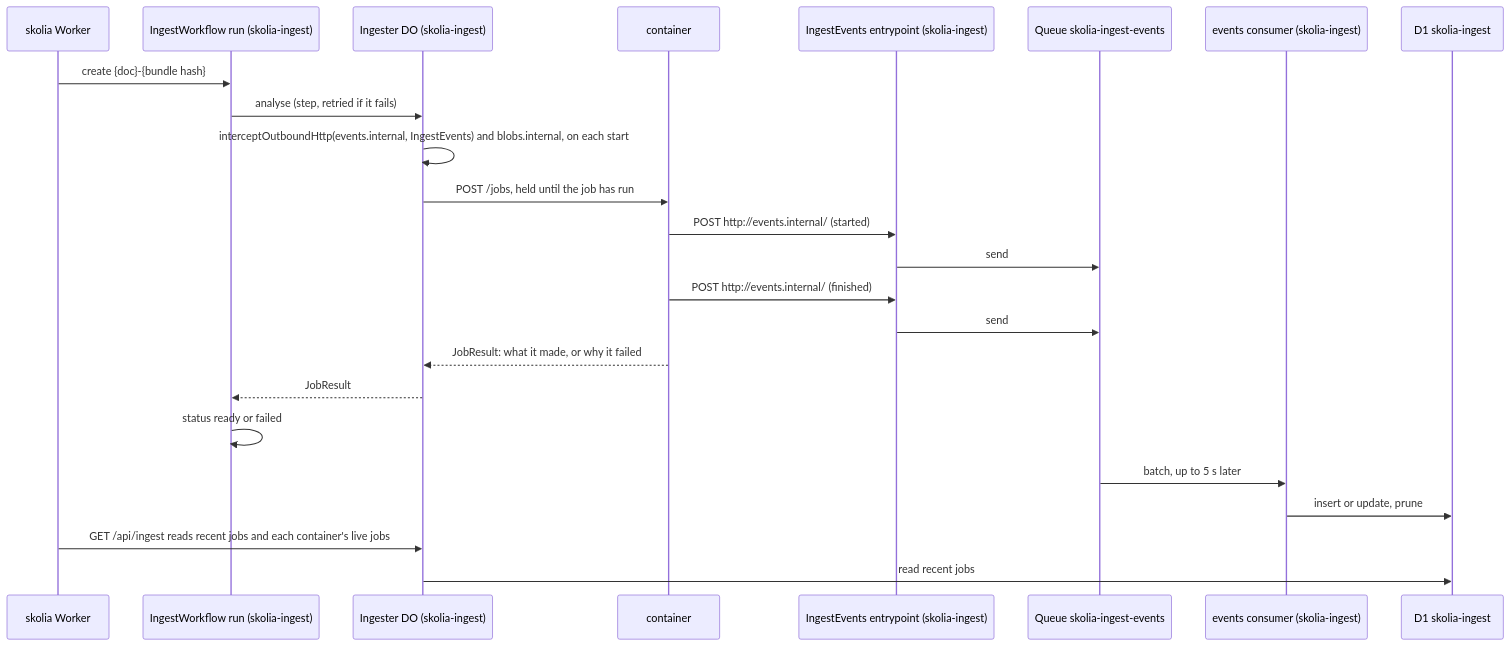
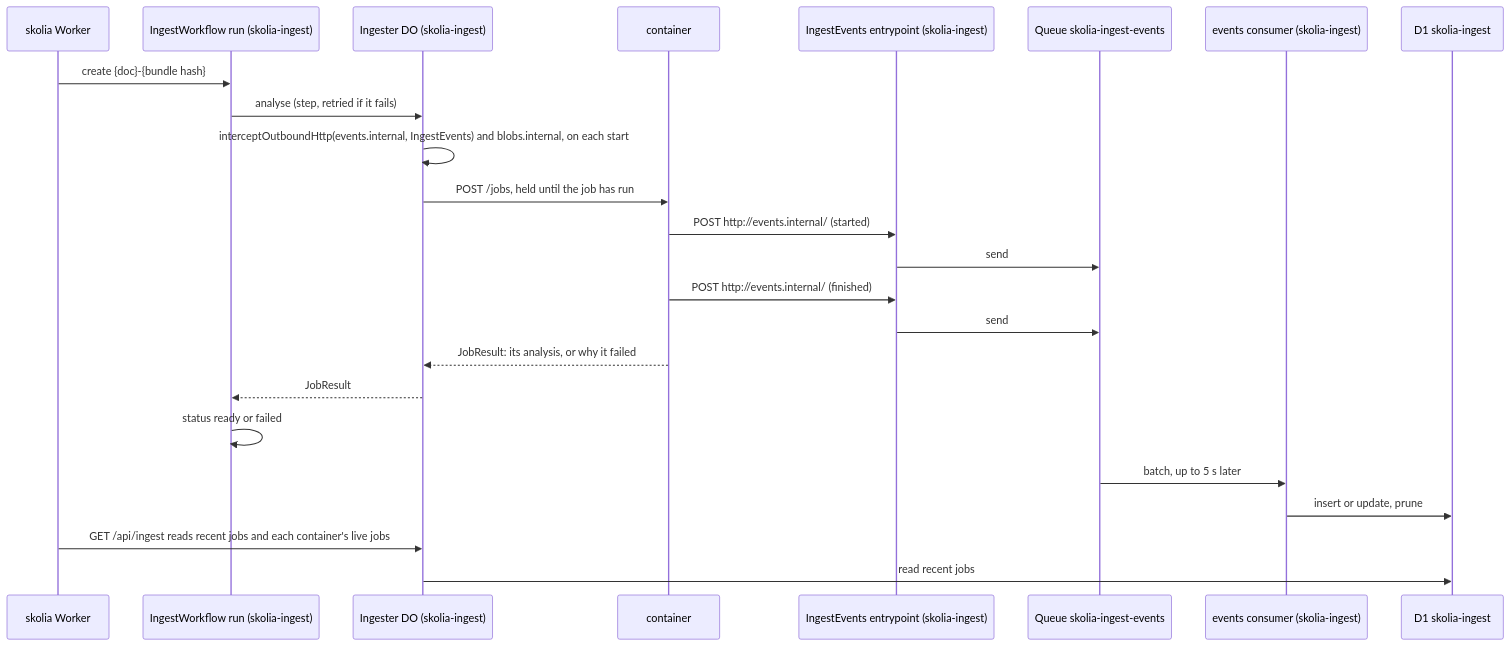
The second of 3 diagrams in ARCHITECTURE.md (skolia-io/skolia), drawn with Mermaid before and after one commit. The commit also changed other lines of this file and 9 other files, not shown here.

Commit message:
refactor(ingest): name a job's result ReadyAnalysis

````diff
--- a/ARCHITECTURE.md
+++ b/ARCHITECTURE.md
@@ -74,26 +74,26 @@
 ```mermaid
 sequenceDiagram
   participant API as skolia Worker
   participant WF as IngestWorkflow run (skolia-ingest)
   participant DO as Ingester DO (skolia-ingest)
   participant C as container
   participant EV as IngestEvents entrypoint (skolia-ingest)
   participant QE as Queue skolia-ingest-events
   participant ECON as events consumer (skolia-ingest)
   participant IDB as D1 skolia-ingest
   API->>WF: create {doc}-{bundle hash}
   WF->>DO: analyse (step, retried if it fails)
   DO->>DO: interceptOutboundHttp(events.internal, IngestEvents) and blobs.internal, on each start
   DO->>C: POST /jobs, held until the job has run
   C->>EV: POST http://events.internal/ (started)
   EV->>QE: send
   C->>EV: POST http://events.internal/ (finished)
   EV->>QE: send
-  C-->>DO: JobResult: what it made, or why it failed
+  C-->>DO: JobResult: its analysis, or why it failed
   DO-->>WF: JobResult
   WF->>WF: status ready or failed
   QE->>ECON: batch, up to 5 s later
   ECON->>IDB: insert or update, prune
   API->>DO: GET /api/ingest reads recent jobs and each container's live jobs
   DO->>IDB: read recent jobs
 ```
````
